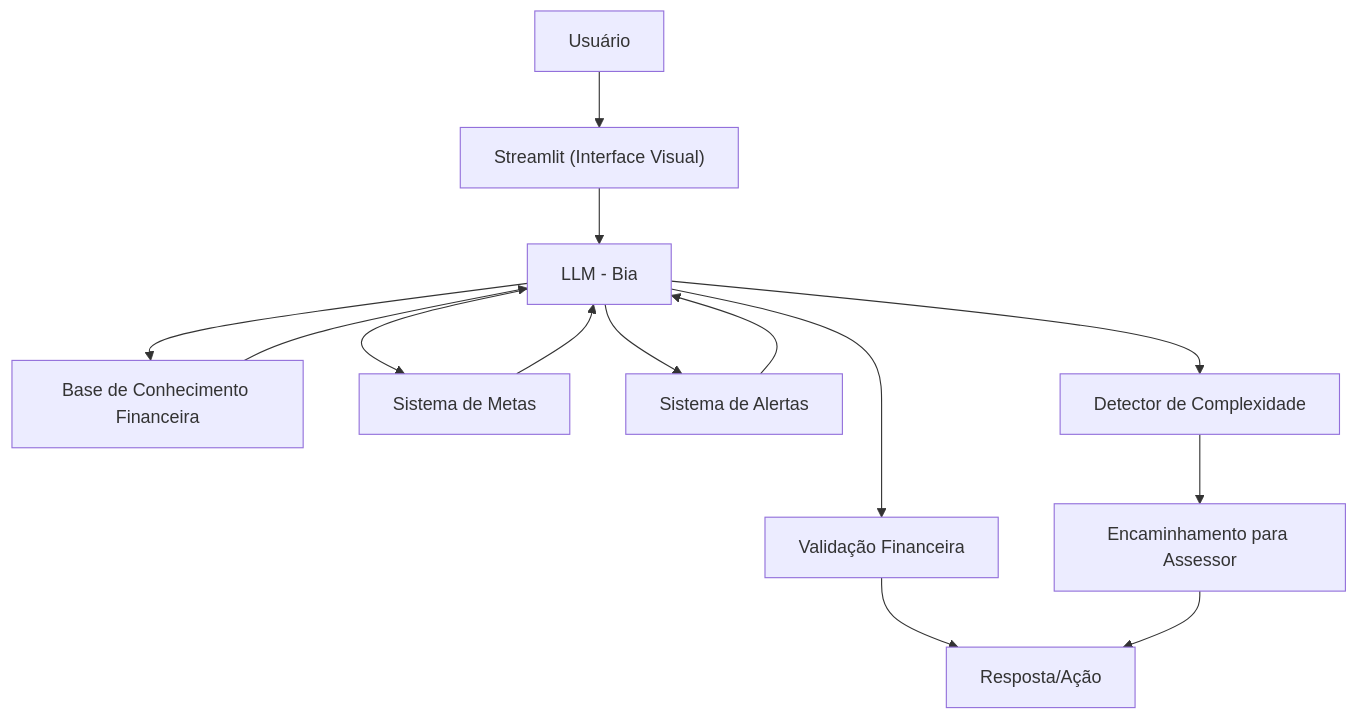
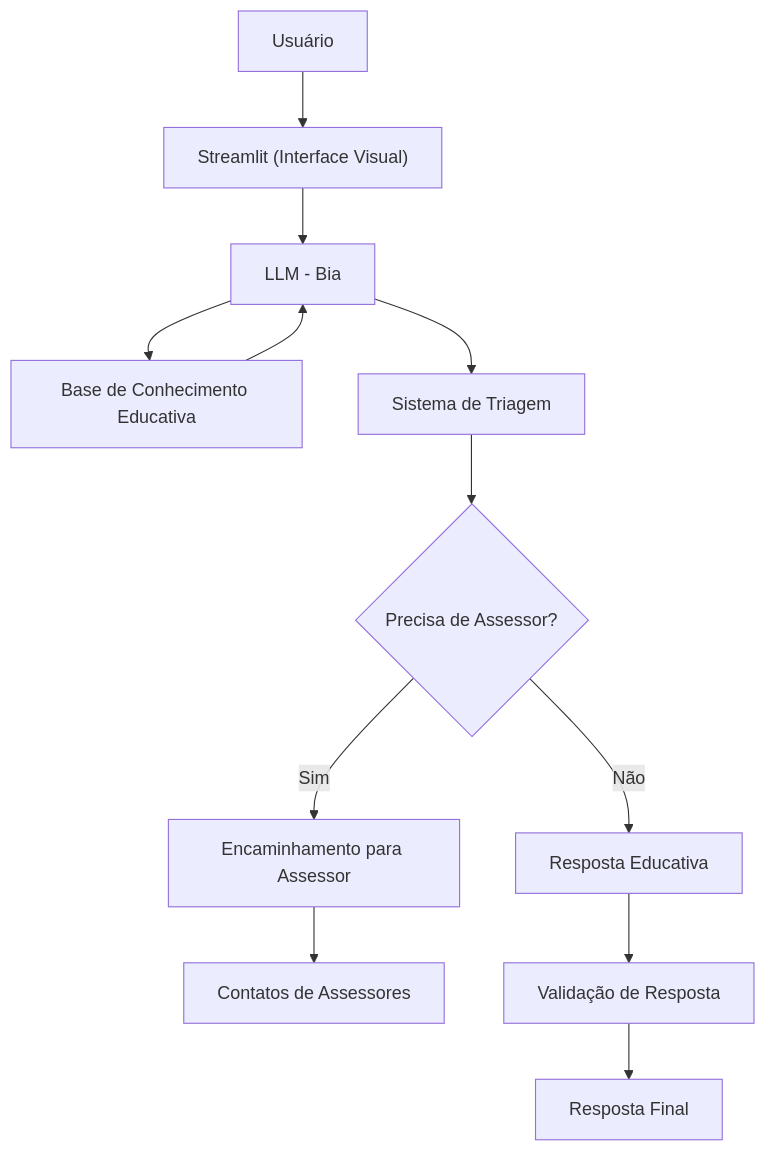
One commit to SamuelMonsalvesMoreira/Bia-Bradesco-Dio changed the diagram in docs/01-documentacao-agente.md. Above: the diagram before and after it, drawn with Mermaid. The commit also changed other lines of this file, not shown here.

````diff
--- a/docs/01-documentacao-agente.md
+++ b/docs/01-documentacao-agente.md
@@ -62,16 +53,14 @@
 ```mermaid
 flowchart TD
     A[Usuário] --> B["Streamlit (Interface Visual)"]
     B --> C[LLM - Bia]
-    C --> D[Base de Conhecimento Financeira]
-    C --> E[Sistema de Metas]
-    C --> F[Sistema de Alertas]
-    C --> G[Detector de Complexidade]
+    C --> D[Base de Conhecimento Educativa]
+    C --> E[Sistema de Triagem]
+    E --> F{Precisa de Assessor?}
+    F -->|Sim| G[Encaminhamento para Assessor]
+    F -->|Não| H[Resposta Educativa]
     D --> C
-    E --> C
-    F --> C
-    G --> H[Encaminhamento para Assessor]
-    C --> I[Validação Financeira]
-    I --> J[Resposta/Ação]
-    H --> J
+    G --> I[Contatos de Assessores]
+    H --> J[Validação de Resposta]
+    J --> K[Resposta Final]
 ```
````
